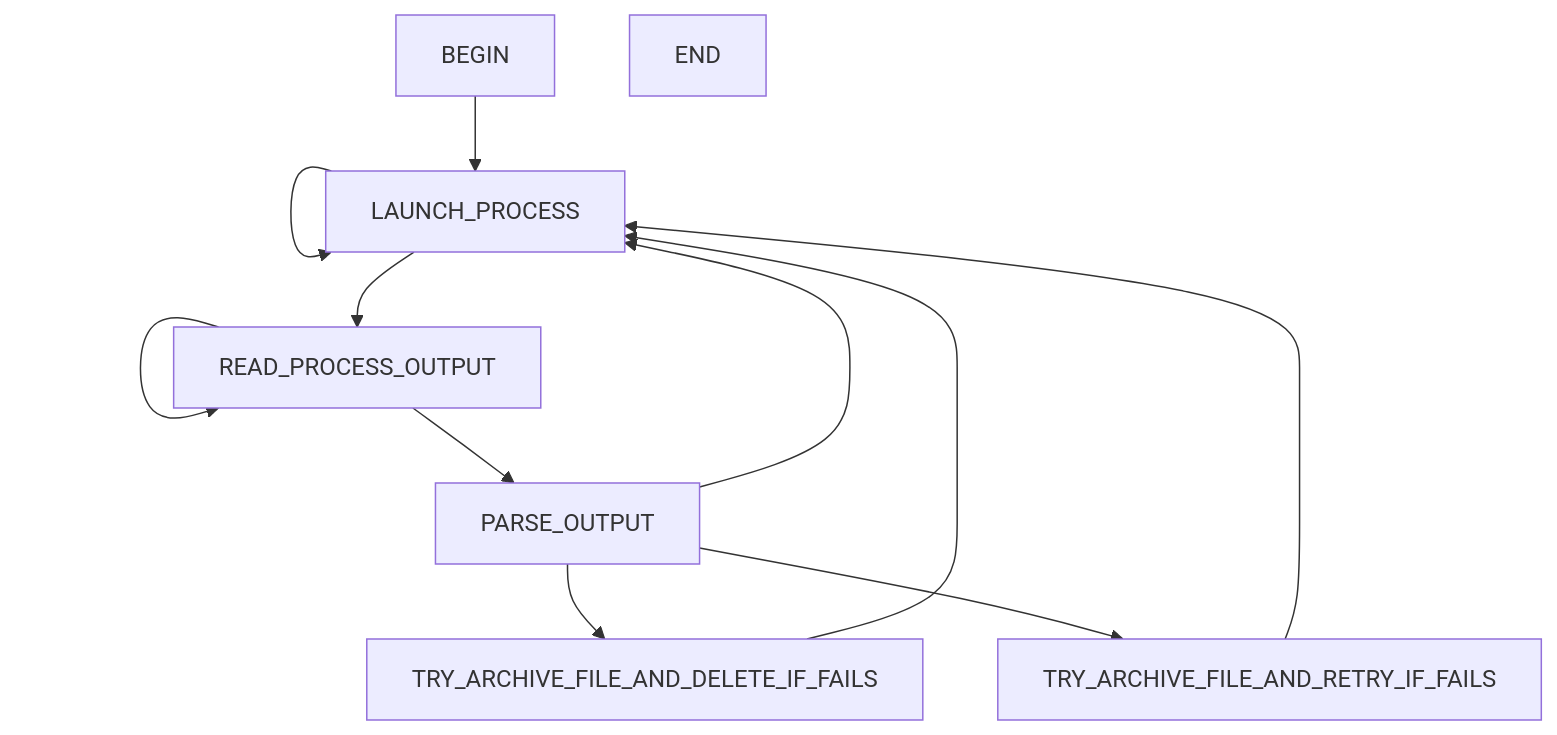
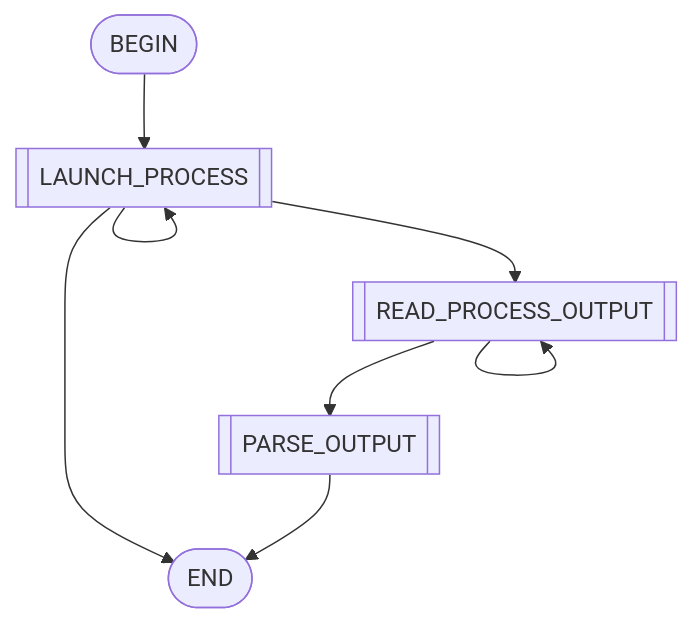
The seventh of 8 diagrams in README.md (flower-org/HeliumIngestor), drawn with Mermaid before and after one commit. The commit also changed other lines of this file and 1 other file, not shown here.

Commit message:
Mermaid diagrams auto-gen updates

````diff
--- a/README.md
+++ b/README.md
@@ -152,20 +138,15 @@
 ```mermaid
-graph
-    BEGIN
-    END
-    LAUNCH_PROCESS
-    BEGIN --> LAUNCH_PROCESS
-    LAUNCH_PROCESS --> LAUNCH_PROCESS
-    LAUNCH_PROCESS --> READ_PROCESS_OUTPUT
-    TRY_ARCHIVE_FILE_AND_DELETE_IF_FAILS
-    TRY_ARCHIVE_FILE_AND_DELETE_IF_FAILS --> LAUNCH_PROCESS
-    READ_PROCESS_OUTPUT
-    READ_PROCESS_OUTPUT --> READ_PROCESS_OUTPUT
-    READ_PROCESS_OUTPUT --> PARSE_OUTPUT
-    TRY_ARCHIVE_FILE_AND_RETRY_IF_FAILS
-    TRY_ARCHIVE_FILE_AND_RETRY_IF_FAILS --> LAUNCH_PROCESS
-    PARSE_OUTPUT
-    PARSE_OUTPUT --> LAUNCH_PROCESS
-    PARSE_OUTPUT --> TRY_ARCHIVE_FILE_AND_DELETE_IF_FAILS
-    PARSE_OUTPUT --> TRY_ARCHIVE_FILE_AND_RETRY_IF_FAILS
+flowchart
+BEGIN([BEGIN])
+END([END])
+LAUNCH_PROCESS[[LAUNCH_PROCESS]]
+BEGIN([BEGIN]) --> LAUNCH_PROCESS[[LAUNCH_PROCESS]]
+LAUNCH_PROCESS --> LAUNCH_PROCESS[[LAUNCH_PROCESS]]
+LAUNCH_PROCESS --> READ_PROCESS_OUTPUT[[READ_PROCESS_OUTPUT]]
+LAUNCH_PROCESS --> END([END])
+READ_PROCESS_OUTPUT[[READ_PROCESS_OUTPUT]]
+READ_PROCESS_OUTPUT --> READ_PROCESS_OUTPUT[[READ_PROCESS_OUTPUT]]
+READ_PROCESS_OUTPUT --> PARSE_OUTPUT[[PARSE_OUTPUT]]
+PARSE_OUTPUT[[PARSE_OUTPUT]]
+PARSE_OUTPUT --> END([END])
 ```
````
